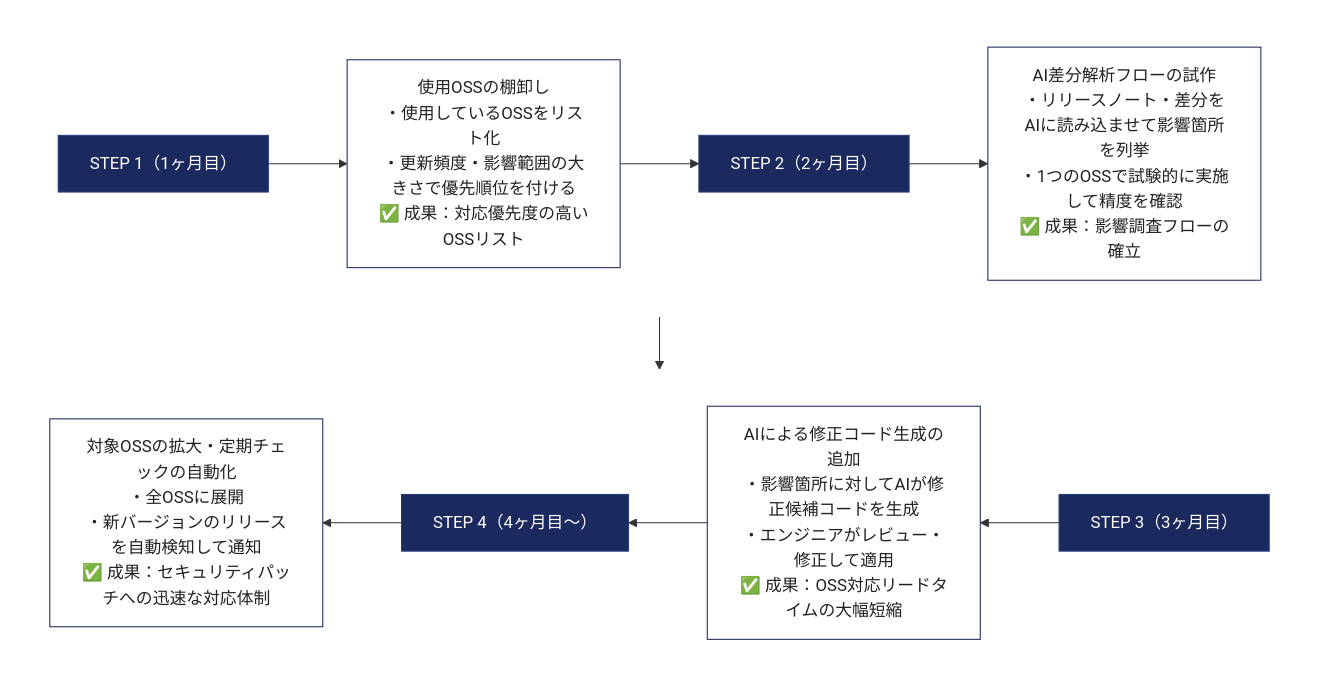
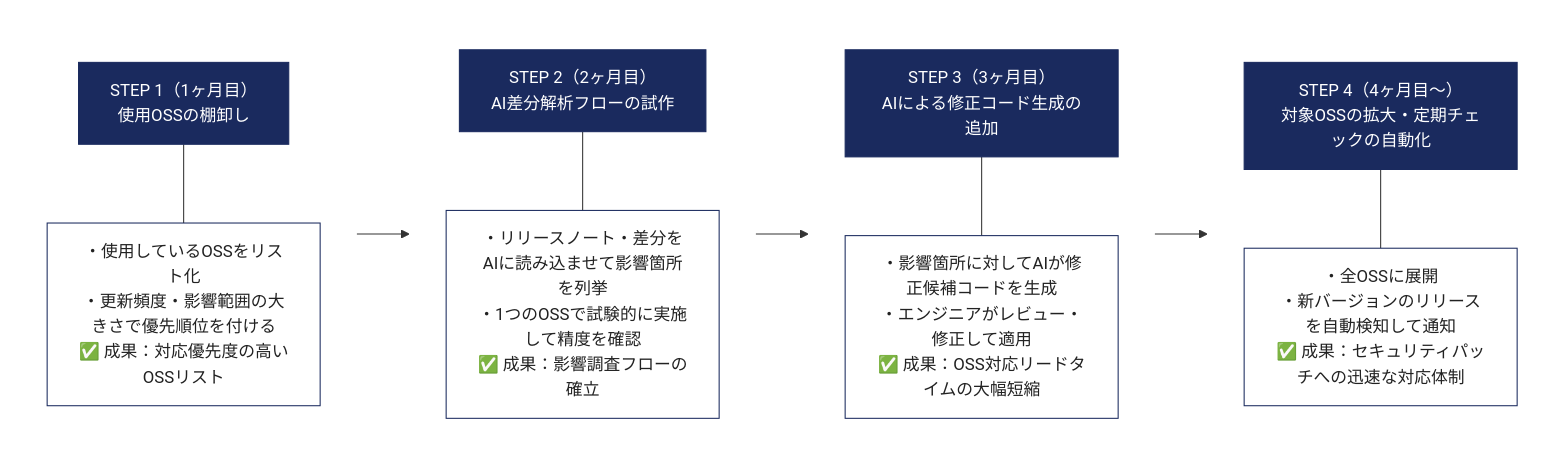
The fifth of 10 diagrams in AI_Idea/AI_ADOPTION_PROPOSAL.md (Kengo55555/My_Study), drawn with Mermaid before and after one commit. The commit also changed other lines of this file and 1 other file, not shown here.

Commit message:
Redesign Mermaid: horizontal LR layout, navy header + white body per step card

````diff
--- a/AI_Idea/AI_ADOPTION_PROPOSAL.md
+++ b/AI_Idea/AI_ADOPTION_PROPOSAL.md
@@ -239,22 +263,28 @@
 ```mermaid
-flowchart TD
-    subgraph row1[" "]
-        direction LR
-        T1["STEP 1（1ヶ月目）"] --> C1["使用OSSの棚卸し<br/>・使用しているOSSをリスト化<br/>・更新頻度・影響範囲の大きさで優先順位を付ける<br/>✅ 成果：対応優先度の高いOSSリスト"]
-        C1 --> T2["STEP 2（2ヶ月目）"]
-        T2 --> C2["AI差分解析フローの試作<br/>・リリースノート・差分をAIに読み込ませて影響箇所を列挙<br/>・1つのOSSで試験的に実施して精度を確認<br/>✅ 成果：影響調査フローの確立"]
+flowchart LR
+    subgraph s1[" "]
+        direction TB
+        H1["STEP 1（1ヶ月目）<br/>使用OSSの棚卸し"] --- B1["・使用しているOSSをリスト化<br/>・更新頻度・影響範囲の大きさで優先順位を付ける<br/>✅ 成果：対応優先度の高いOSSリスト"]
     end
-    subgraph row2[" "]
-        direction RL
-        T3["STEP 3（3ヶ月目）"] --> C3["AIによる修正コード生成の追加<br/>・影響箇所に対してAIが修正候補コードを生成<br/>・エンジニアがレビュー・修正して適用<br/>✅ 成果：OSS対応リードタイムの大幅短縮"]
-        C3 --> T4["STEP 4（4ヶ月目〜）"]
-        T4 --> C4["対象OSSの拡大・定期チェックの自動化<br/>・全OSSに展開<br/>・新バージョンのリリースを自動検知して通知<br/>✅ 成果：セキュリティパッチへの迅速な対応体制"]
+    subgraph s2[" "]
+        direction TB
+        H2["STEP 2（2ヶ月目）<br/>AI差分解析フローの試作"] --- B2["・リリースノート・差分をAIに読み込ませて影響箇所を列挙<br/>・1つのOSSで試験的に実施して精度を確認<br/>✅ 成果：影響調査フローの確立"]
     end
-    C2 --> T3
-    style row1 fill:transparent,stroke:transparent,color:transparent
-    style row2 fill:transparent,stroke:transparent,color:transparent
-    classDef title fill:#1a2a5e,stroke:#2c3e7a,color:#fff
-    classDef content fill:#fff,stroke:#1a2a5e,color:#222
-    class T1,T2,T3,T4 title
-    class C1,C2,C3,C4 content
+    subgraph s3[" "]
+        direction TB
+        H3["STEP 3（3ヶ月目）<br/>AIによる修正コード生成の追加"] --- B3["・影響箇所に対してAIが修正候補コードを生成<br/>・エンジニアがレビュー・修正して適用<br/>✅ 成果：OSS対応リードタイムの大幅短縮"]
+    end
+    subgraph s4[" "]
+        direction TB
+        H4["STEP 4（4ヶ月目〜）<br/>対象OSSの拡大・定期チェックの自動化"] --- B4["・全OSSに展開<br/>・新バージョンのリリースを自動検知して通知<br/>✅ 成果：セキュリティパッチへの迅速な対応体制"]
+    end
+    s1 --> s2 --> s3 --> s4
+    style s1 fill:transparent,stroke:transparent,color:transparent
+    style s2 fill:transparent,stroke:transparent,color:transparent
+    style s3 fill:transparent,stroke:transparent,color:transparent
+    style s4 fill:transparent,stroke:transparent,color:transparent
+    classDef hdr fill:#1a2a5e,stroke:#1a2a5e,color:#fff
+    classDef bdy fill:#fff,stroke:#1a2a5e,color:#222
+    class H1,H2,H3,H4 hdr
+    class B1,B2,B3,B4 bdy
 ```
````
